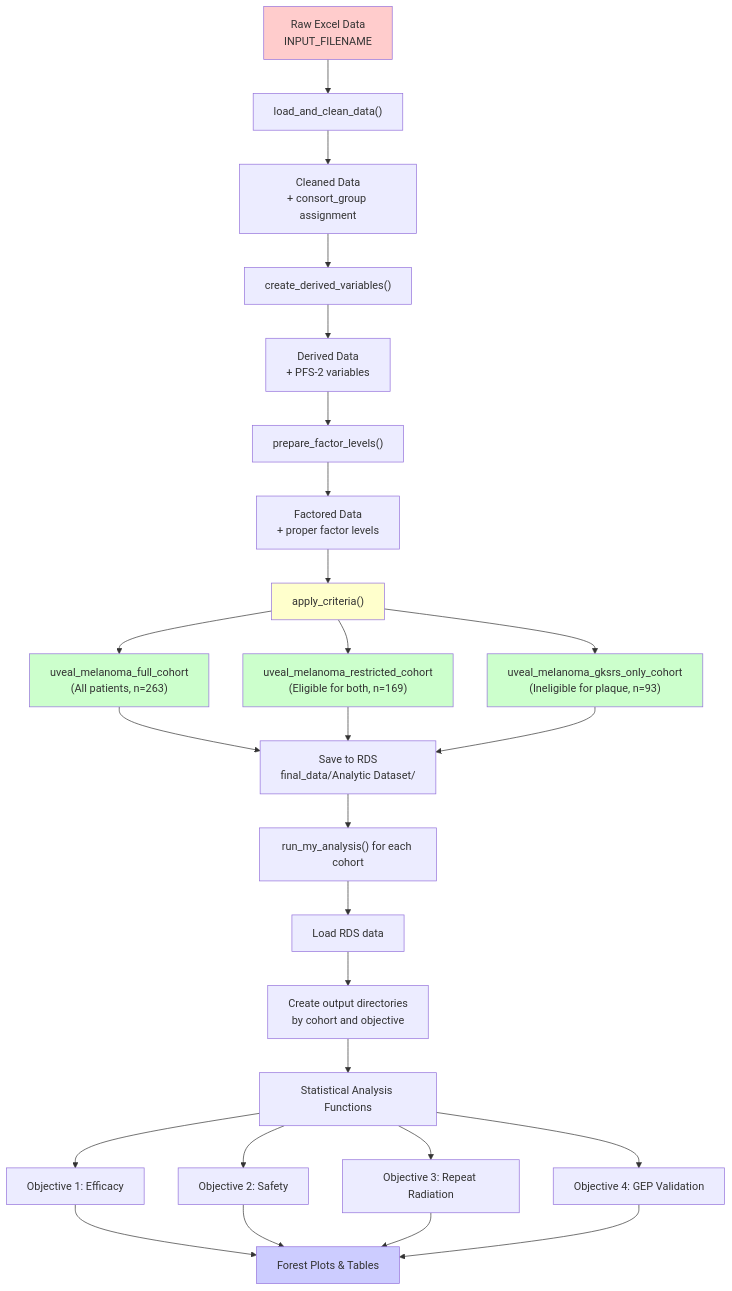
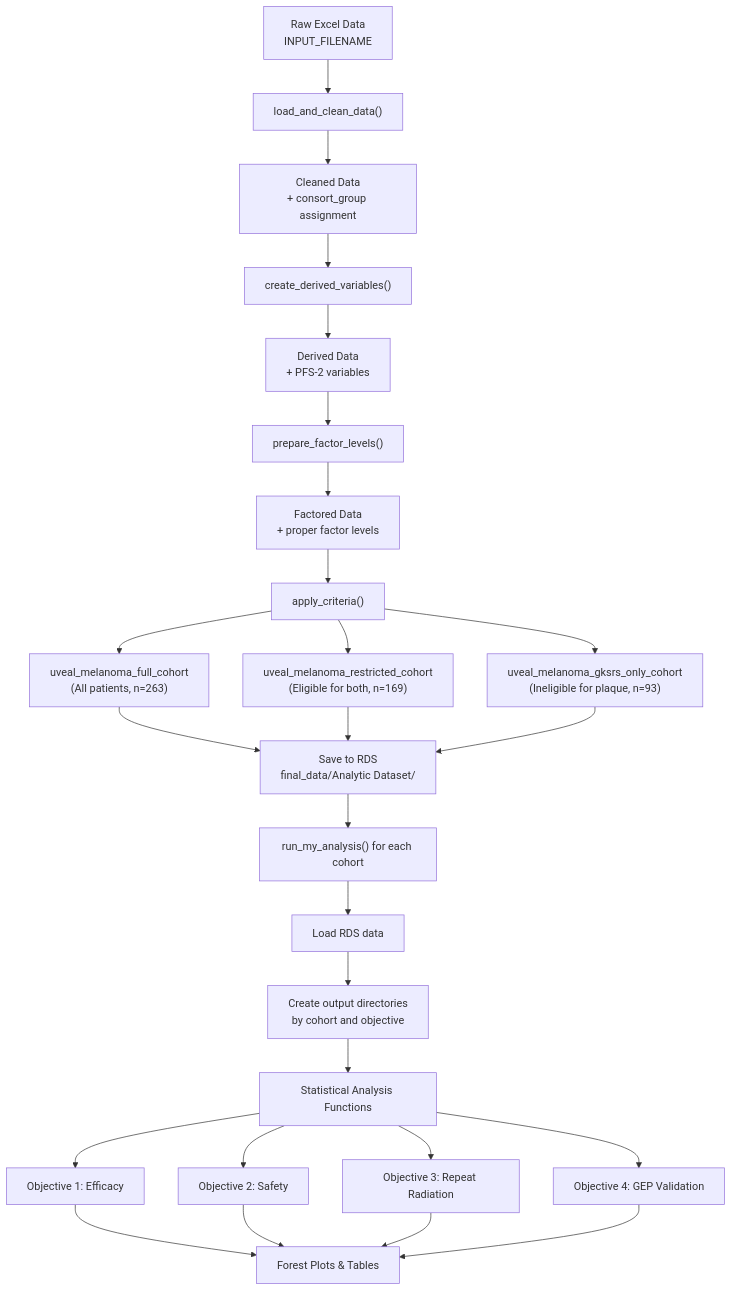
Before and after one commit to nicholas-camarda/uveal_melanoma: the diagram in README.md, drawn with Mermaid. The commit also changed 2 other files, not shown here.

Commit message:
Improve plot readability: 1) Remove % symbols from survival plot y-axis ticks (already in axis title) 2) Remove custom styles from README Mermaid diagram for better readability

````diff
--- a/README.md
+++ b/README.md
@@ -47,40 +47,33 @@
 ```mermaid
 flowchart TD
     A["Raw Excel Data<br/>INPUT_FILENAME"] --> B["load_and_clean_data()"]
     B --> C["Cleaned Data<br/>+ consort_group assignment"]
     C --> D["create_derived_variables()"]
     D --> E["Derived Data<br/>+ PFS-2 variables"]
     E --> F["prepare_factor_levels()"]
     F --> G["Factored Data<br/>+ proper factor levels"]
     G --> H["apply_criteria()"]
     
     H --> I["uveal_melanoma_full_cohort<br/>(All patients, n=263)"]
     H --> J["uveal_melanoma_restricted_cohort<br/>(Eligible for both, n=169)"]
     H --> K["uveal_melanoma_gksrs_only_cohort<br/>(Ineligible for plaque, n=93)"]
     
     I --> L["Save to RDS<br/>final_data/Analytic Dataset/"]
     J --> L
     K --> L
     
     L --> M["run_my_analysis() for each cohort"]
     M --> N["Load RDS data"]
     N --> O["Create output directories<br/>by cohort and objective"]
     O --> P["Statistical Analysis Functions"]
     
     P --> Q["Objective 1: Efficacy"]
     P --> R["Objective 2: Safety"]
     P --> S["Objective 3: Repeat Radiation"]
     P --> T["Objective 4: GEP Validation"]
     
     Q --> U["Forest Plots & Tables"]
     R --> U
     S --> U
     T --> U
-    
-    style A fill:#ffcccc
-    style H fill:#ffffcc
-    style I fill:#ccffcc
-    style J fill:#ccffcc
-    style K fill:#ccffcc
-    style U fill:#ccccff
 ```
````
